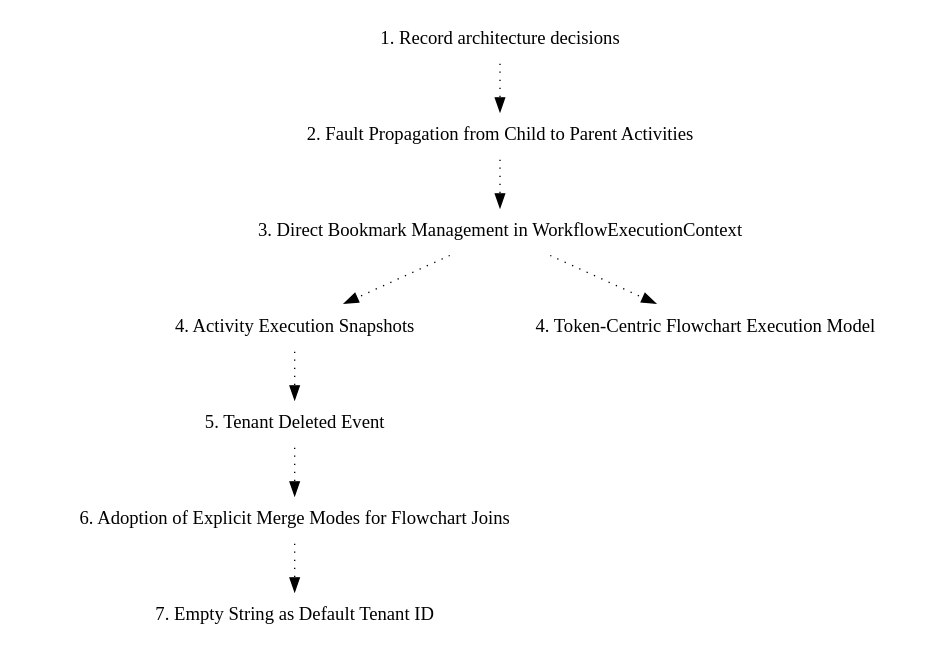
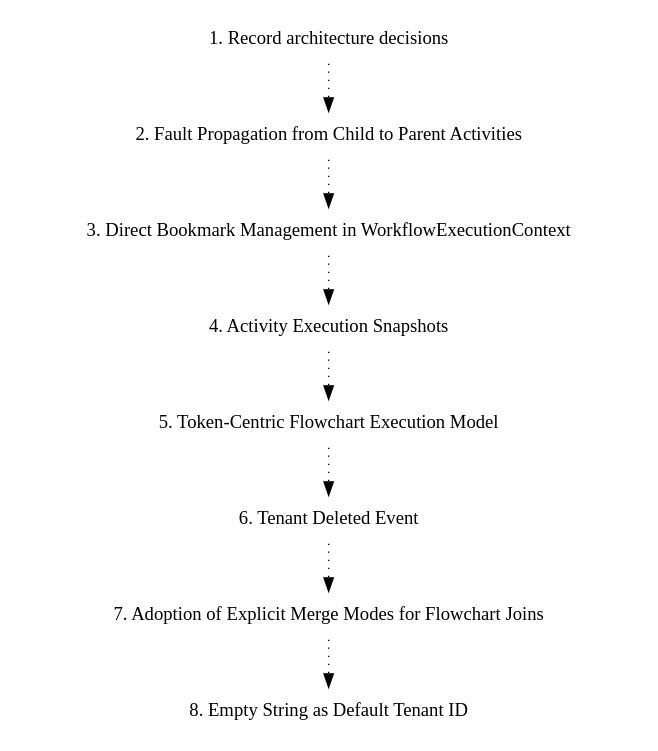
One commit to elsa-workflows/elsa-core changed the diagram in doc/adr/graph.dot. Above: the diagram before and after it, drawn with Graphviz. The commit also changed 6 other files, not shown here.

```diff
--- a/doc/adr/graph.dot
+++ b/doc/adr/graph.dot
@@ -1,20 +1,20 @@
 digraph {
-  node [shape=plaintext];
-  subgraph {
-    _1 [label="1. Record architecture decisions"; URL="0001-record-architecture-decisions.html"];
-    _2 [label="2. Fault Propagation from Child to Parent Activities"; URL="0002-fault-propagation-from-child-to-parent-activities.html"];
-    _1 -> _2 [style="dotted", weight=1];
-    _3 [label="3. Direct Bookmark Management in WorkflowExecutionContext"; URL="0003-direct-bookmark-management-in-workflowexecutioncontext.html"];
-    _2 -> _3 [style="dotted", weight=1];
-    _4 [label="4. Activity Execution Snapshots"; URL="0004-activity-execution-snapshots.html"];
-    _3 -> _4 [style="dotted", weight=1];
-    _8 [label="4. Token-Centric Flowchart Execution Model"; URL="0004-token-centric-flowchart-execution-model.html"];
-    _3 -> _8 [style="dotted", weight=1];
-    _5 [label="5. Tenant Deleted Event"; URL="0005-tenant-deleted-event.html"];
-    _4 -> _5 [style="dotted", weight=1];
-    _6 [label="6. Adoption of Explicit Merge Modes for Flowchart Joins"; URL="0006-adoption-of-explicit-merge-modes-for-flowchart-joins.html"];
-    _5 -> _6 [style="dotted", weight=1];
-    _7 [label="7. Empty String as Default Tenant ID"; URL="0007-empty-string-as-default-tenant-id.html"];
-    _6 -> _7 [style="dotted", weight=1];
-  }
+node [shape=plaintext];
+subgraph {
+_1 [label="1. Record architecture decisions"; URL="0001-record-architecture-decisions.html"];
+_2 [label="2. Fault Propagation from Child to Parent Activities"; URL="0002-fault-propagation-from-child-to-parent-activities.html"];
+_1 -> _2 [style="dotted", weight=1];
+_3 [label="3. Direct Bookmark Management in WorkflowExecutionContext"; URL="0003-direct-bookmark-management-in-workflowexecutioncontext.html"];
+_2 -> _3 [style="dotted", weight=1];
+_4 [label="4. Activity Execution Snapshots"; URL="0004-activity-execution-snapshots.html"];
+_3 -> _4 [style="dotted", weight=1];
+_5 [label="5. Token-Centric Flowchart Execution Model"; URL="0005-token-centric-flowchart-execution-model.html"];
+_4 -> _5 [style="dotted", weight=1];
+_6 [label="6. Tenant Deleted Event"; URL="0006-tenant-deleted-event.html"];
+_5 -> _6 [style="dotted", weight=1];
+_7 [label="7. Adoption of Explicit Merge Modes for Flowchart Joins"; URL="0007-adoption-of-explicit-merge-modes-for-flowchart-joins.html"];
+_6 -> _7 [style="dotted", weight=1];
+_8 [label="8. Empty String as Default Tenant ID"; URL="0008-empty-string-as-default-tenant-id.html"];
+_7 -> _8 [style="dotted", weight=1];
 }
+}
```
